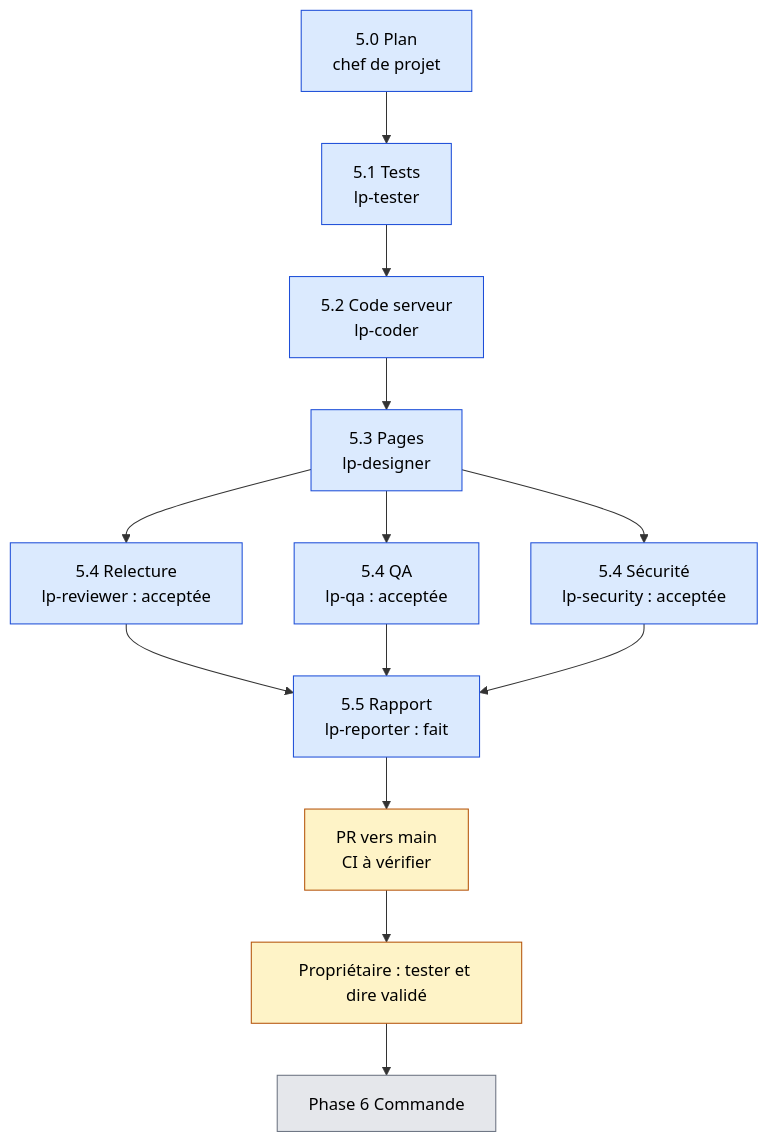
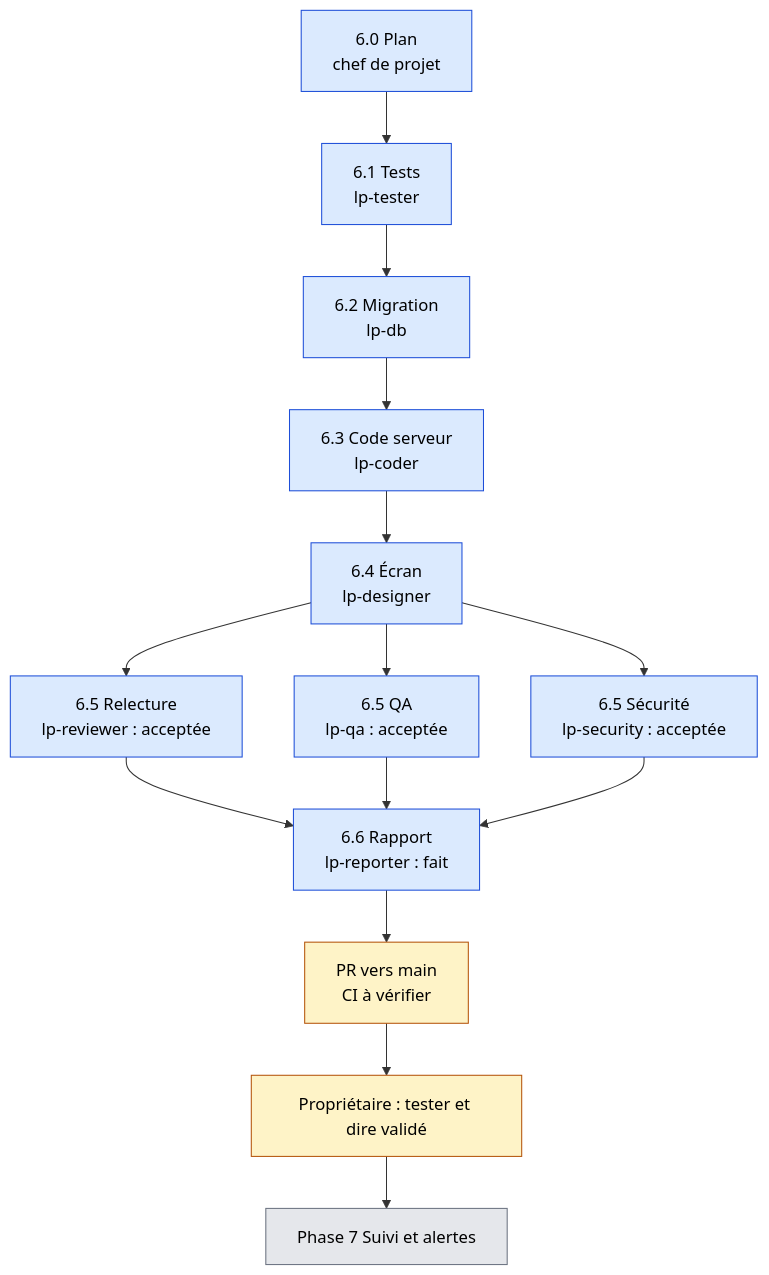
One commit to lyon32/lyonpanel changed the fourth of 5 diagrams in docs/reports/TABLEAU-DE-BORD.md. Above: the diagram before and after it, drawn with Mermaid. The commit also changed other lines of this file and 105 other files, not shown here.

First line of the commit message:
feat(orders): commande avec devis serveur, idempotence et échec fournisseur en vérification

````diff
--- a/docs/reports/TABLEAU-DE-BORD.md
+++ b/docs/reports/TABLEAU-DE-BORD.md
@@ -88,21 +89,22 @@
 ```mermaid
 flowchart TD
-  T0["5.0 Plan<br/>chef de projet"] --> T1["5.1 Tests<br/>lp-tester"]
-  T1 --> T2["5.2 Code serveur<br/>lp-coder"]
-  T2 --> T3["5.3 Pages<br/>lp-designer"]
-  T3 --> R["5.4 Relecture<br/>lp-reviewer : acceptée"]
-  T3 --> Q["5.4 QA<br/>lp-qa : acceptée"]
-  T3 --> S["5.4 Sécurité<br/>lp-security : acceptée"]
-  R --> RP["5.5 Rapport<br/>lp-reporter : fait"]
+  T0["6.0 Plan<br/>chef de projet"] --> T1["6.1 Tests<br/>lp-tester"]
+  T1 --> T2["6.2 Migration<br/>lp-db"]
+  T2 --> T3["6.3 Code serveur<br/>lp-coder"]
+  T3 --> T4["6.4 Écran<br/>lp-designer"]
+  T4 --> R["6.5 Relecture<br/>lp-reviewer : acceptée"]
+  T4 --> Q["6.5 QA<br/>lp-qa : acceptée"]
+  T4 --> S["6.5 Sécurité<br/>lp-security : acceptée"]
+  R --> RP["6.6 Rapport<br/>lp-reporter : fait"]
   Q --> RP
   S --> RP
   RP --> PR["PR vers main<br/>CI à vérifier"]
   PR --> OWN["Propriétaire : tester et dire validé"]
-  OWN --> NEXT["Phase 6 Commande"]
+  OWN --> NEXT["Phase 7 Suivi et alertes"]
   classDef fait fill:#DBEAFE,stroke:#1D4ED8,color:#000
   classDef attente fill:#FEF3C7,stroke:#B45309,color:#000
   classDef afaire fill:#E5E7EB,stroke:#6B7280,color:#000
-  class T0,T1,T2,T3,R,Q,S,RP fait
+  class T0,T1,T2,T3,T4,R,Q,S,RP fait
   class PR,OWN attente
   class NEXT afaire
 ```
````
